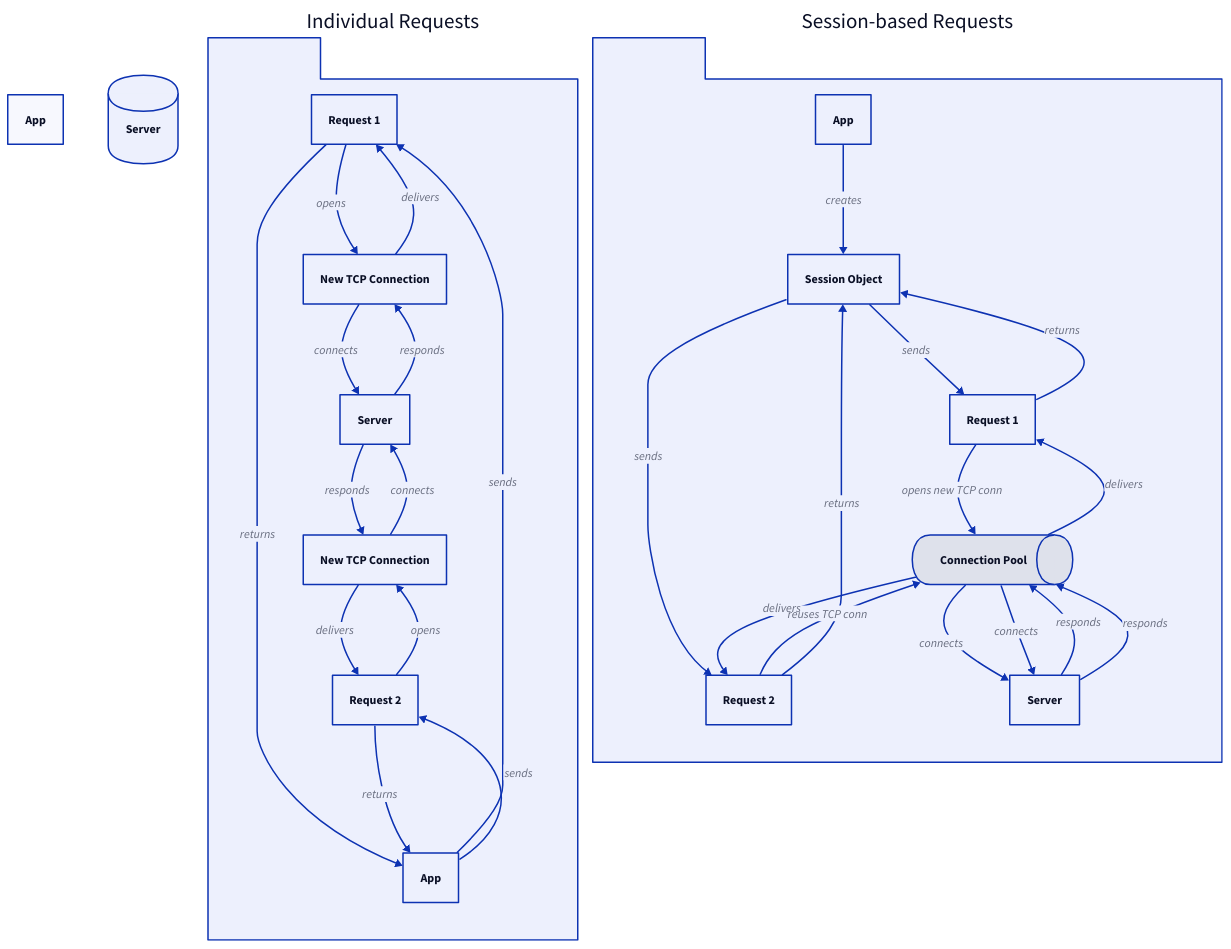
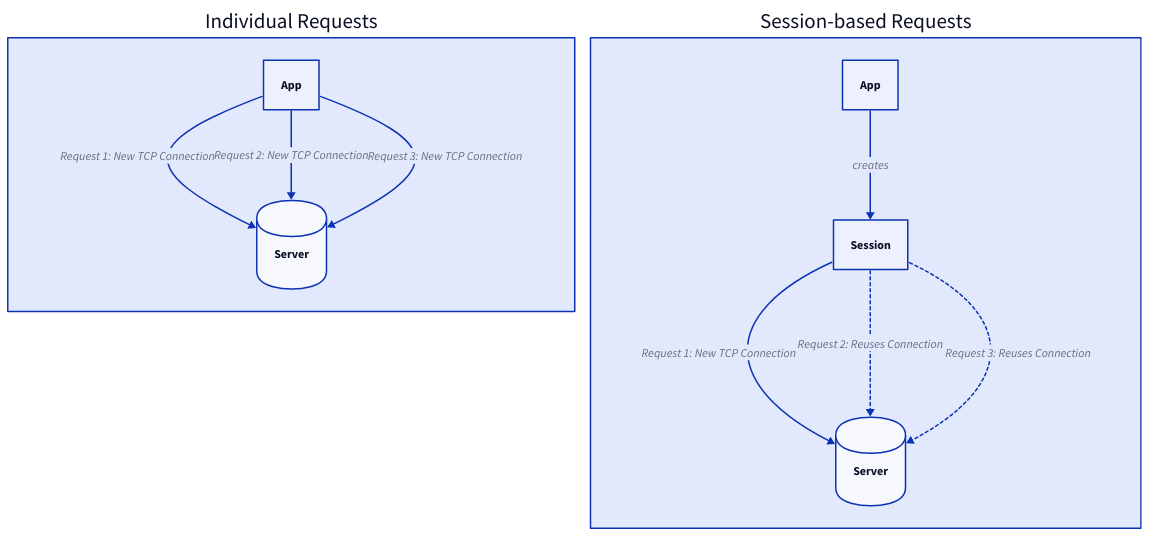
One commit to lban2049/requests changed the diagram in .aigne/doc-smith/docs/user-guide-session-objects.md. Above: the diagram before and after it, drawn with D2. The commit also changed other lines of this file and 29 other files, not shown here.

````diff
--- a/.aigne/doc-smith/docs/user-guide-session-objects.md
+++ b/.aigne/doc-smith/docs/user-guide-session-objects.md
@@ -114,84 +123,28 @@
 ```d2
 direction: down
 
-"App": {
+subgraph "Individual Requests" {
   shape: rectangle
+  label: "Individual Requests"
+  App1: App {shape: rectangle}
+  Server1: Server {shape: cylinder}
+  
+  App1 -> Server1: "Request 1: New TCP Connection"
+  App1 -> Server1: "Request 2: New TCP Connection"
+  App1 -> Server1: "Request 3: New TCP Connection"
 }
 
-"Server": {
-  shape: cylinder
+
+subgraph "Session-based Requests" {
+  shape: rectangle
+  label: "Session-based Requests"
+  App2: App {shape: rectangle}
+  Session: Session {shape: rectangle}
+  Server2: Server {shape: cylinder}
+
+  App2 -> Session: creates
+  Session -> Server2: "Request 1: New TCP Connection"
+  Session -> Server2: "Request 2: Reuses Connection" {style.stroke-dash: 2}
+  Session -> Server2: "Request 3: Reuses Connection" {style.stroke-dash: 2}
 }
-
-"Individual Requests": {
-  shape: package
-
-  "Req 1": {
-    label: "Request 1"
-    shape: rectangle
-  }
-  "TCP 1": {
-    label: "New TCP Connection"
-  }
-
-  "Req 2": {
-    label: "Request 2"
-    shape: rectangle
-  }
-  "TCP 2": {
-    label: "New TCP Connection"
-  }
-
-  "App" -> "Req 1": "sends"
-  "Req 1" -> "TCP 1": "opens"
-  "TCP 1" -> "Server": "connects"
-  "Server" -> "TCP 1": "responds"
-  "TCP 1" -> "Req 1": "delivers"
-  "Req 1" -> "App": "returns"
-
-  "App" -> "Req 2": "sends"
-  "Req 2" -> "TCP 2": "opens"
-  "TCP 2" -> "Server": "connects"
-  "Server" -> "TCP 2": "responds"
-  "TCP 2" -> "Req 2": "delivers"
-  "Req 2" -> "App": "returns"
-}
-
-"Session-based Requests": {
-  shape: package
-
-  "Session": {
-    label: "Session Object"
-    shape: rectangle
-  }
-
-  "Connection Pool": {
-    shape: queue
-  }
-
-  "Req 3": {
-    label: "Request 1"
-    shape: rectangle
-  }
-
-  "Req 4": {
-    label: "Request 2"
-    shape: rectangle
-  }
-
-  "App" -> "Session": "creates"
-  "Session" -> "Req 3": "sends"
-  "Req 3" -> "Connection Pool": "opens new TCP conn"
-  "Connection Pool" -> "Server": "connects"
-  "Server" -> "Connection Pool": "responds"
-  "Connection Pool" -> "Req 3": "delivers"
-  "Req 3" -> "Session": "returns"
-  
-  "Session" -> "Req 4": "sends"
-  "Req 4" -> "Connection Pool": "reuses TCP conn"
-  "Connection Pool" -> "Server": "connects"
-  "Server" -> "Connection Pool": "responds"
-  "Connection Pool" -> "Req 4": "delivers"
-  "Req 4" -> "Session": "returns"
-}
-
 ```
````
